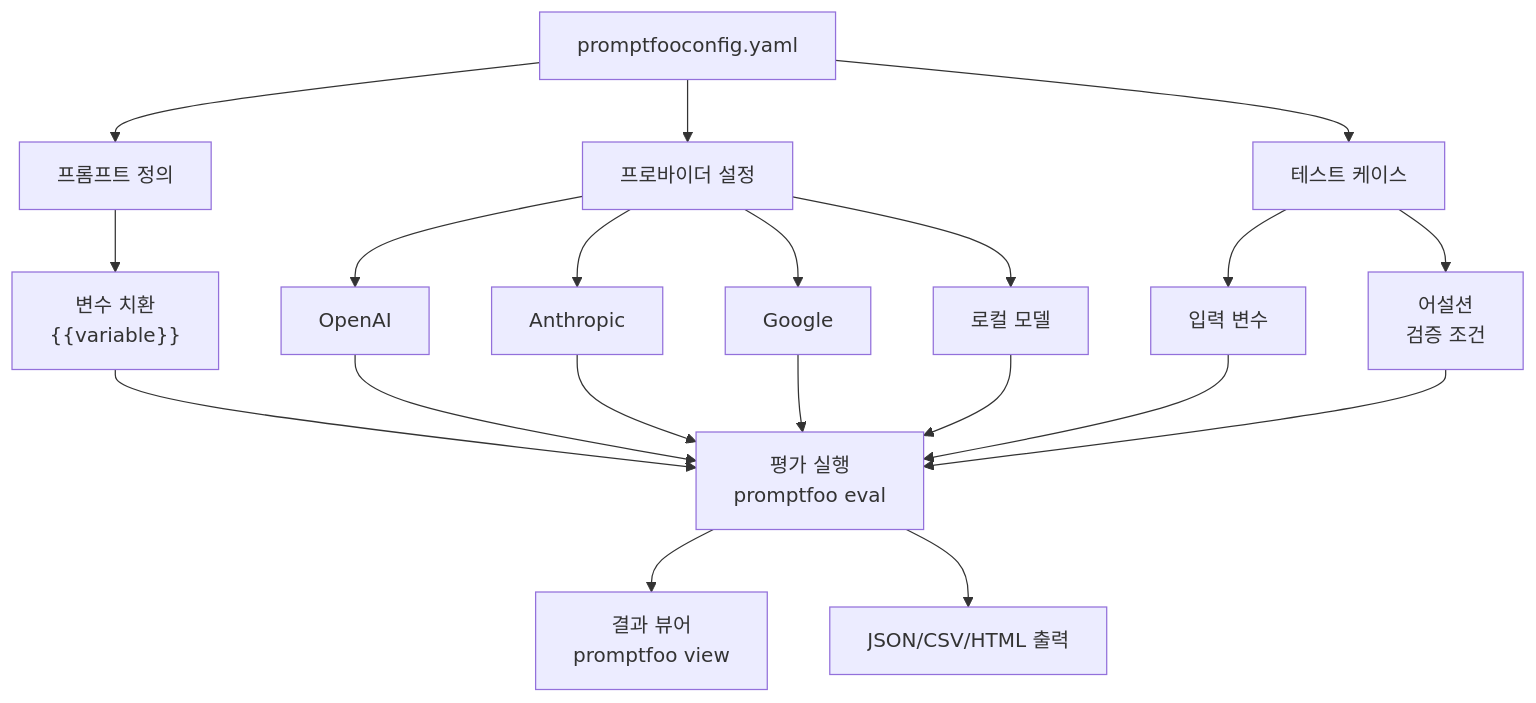
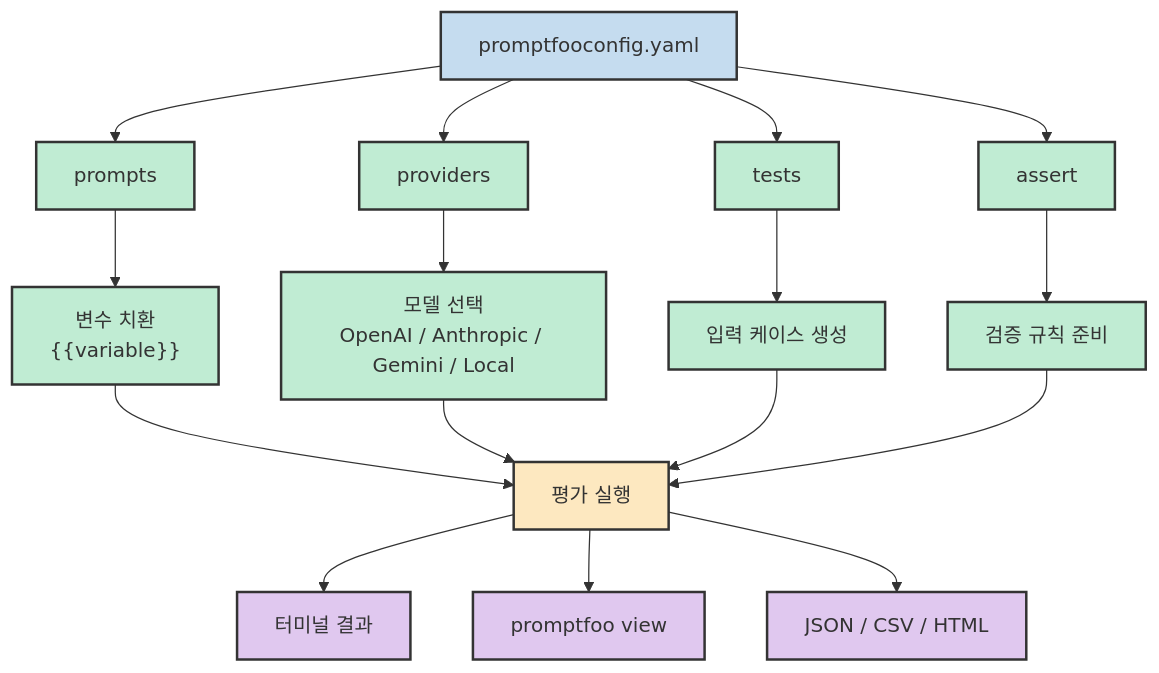
The second of 5 diagrams in content/post/2026/2026-03-12-promptfoo.md (gyuha/blog), drawn with Mermaid before and after one commit. The commit also changed other lines of this file and 1 other file, not shown here.

````diff
--- a/content/post/2026/2026-03-12-promptfoo.md
+++ b/content/post/2026/2026-03-12-promptfoo.md
@@ -78,26 +92,31 @@
 ```mermaid
 flowchart TD
-    A[promptfooconfig.yaml] --> B[프롬프트 정의]
-    A --> C[프로바이더 설정]
-    A --> D[테스트 케이스]
+    A["promptfooconfig.yaml"] --> B["prompts"]
+    A --> C["providers"]
+    A --> D["tests"]
+    A --> E["assert"]
 
-    B --> E["변수 치환<br/>{{variable}}"]
-    C --> F[OpenAI]
-    C --> G[Anthropic]
-    C --> H[Google]
-    C --> I[로컬 모델]
+    B --> F["변수 치환<br/>{{variable}}"]
+    C --> G["모델 선택<br/>OpenAI / Anthropic / Gemini / Local"]
+    D --> H["입력 케이스 생성"]
+    E --> I["검증 규칙 준비"]
 
-    D --> J[입력 변수]
-    D --> K[어설션<br/>검증 조건]
+    F --> J["평가 실행"]
+    G --> J
+    H --> J
+    I --> J
 
-    E --> L[평가 실행<br/>promptfoo eval]
-    F --> L
-    G --> L
-    H --> L
-    I --> L
-    J --> L
-    K --> L
+    J --> K["터미널 결과"]
+    J --> L["promptfoo view"]
+    J --> M["JSON / CSV / HTML"]
 
-    L --> M[결과 뷰어<br/>promptfoo view]
-    L --> N[JSON/CSV/HTML 출력]
+    classDef configStyle fill:#c5dcef,stroke:#333,stroke-width:2px,color:#333
+    classDef sectionStyle fill:#c0ecd3,stroke:#333,stroke-width:2px,color:#333
+    classDef runStyle fill:#fde8c0,stroke:#333,stroke-width:2px,color:#333
+    classDef outStyle fill:#e0c8ef,stroke:#333,stroke-width:2px,color:#333
+
+    class A configStyle
+    class B,C,D,E,F,G,H,I sectionStyle
+    class J runStyle
+    class K,L,M outStyle
 ```
````
